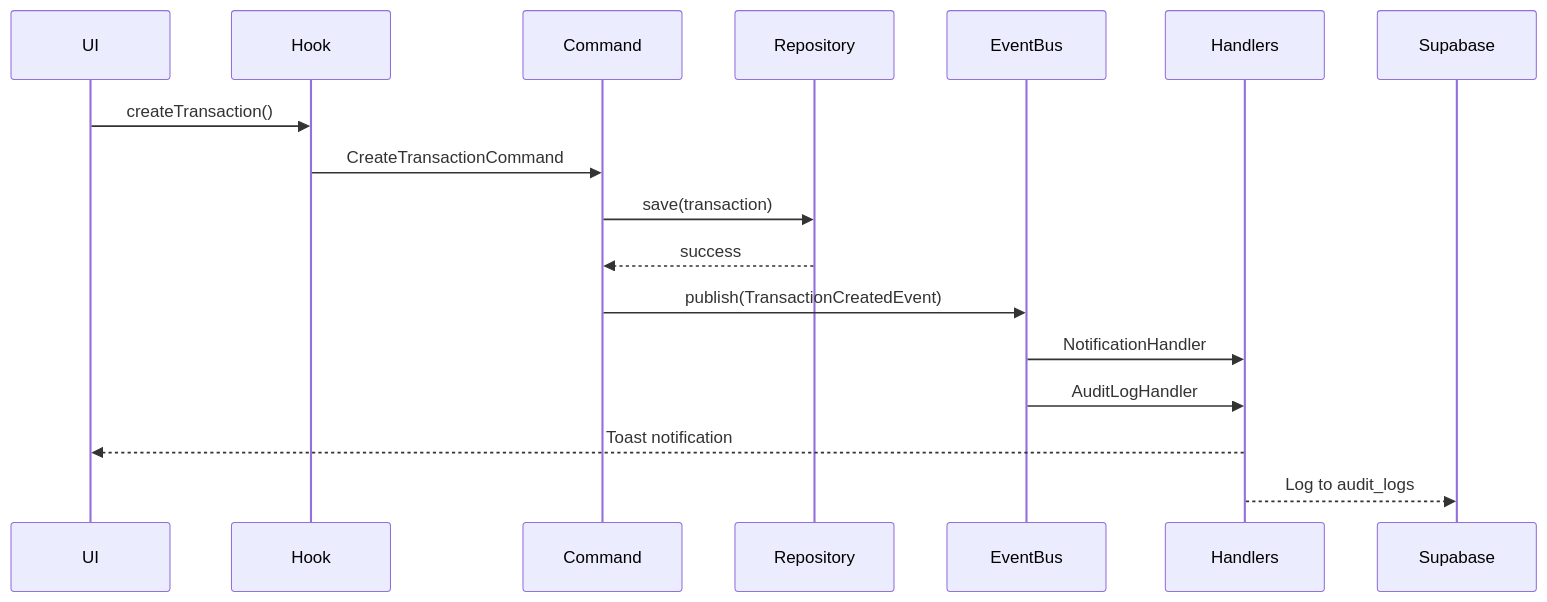
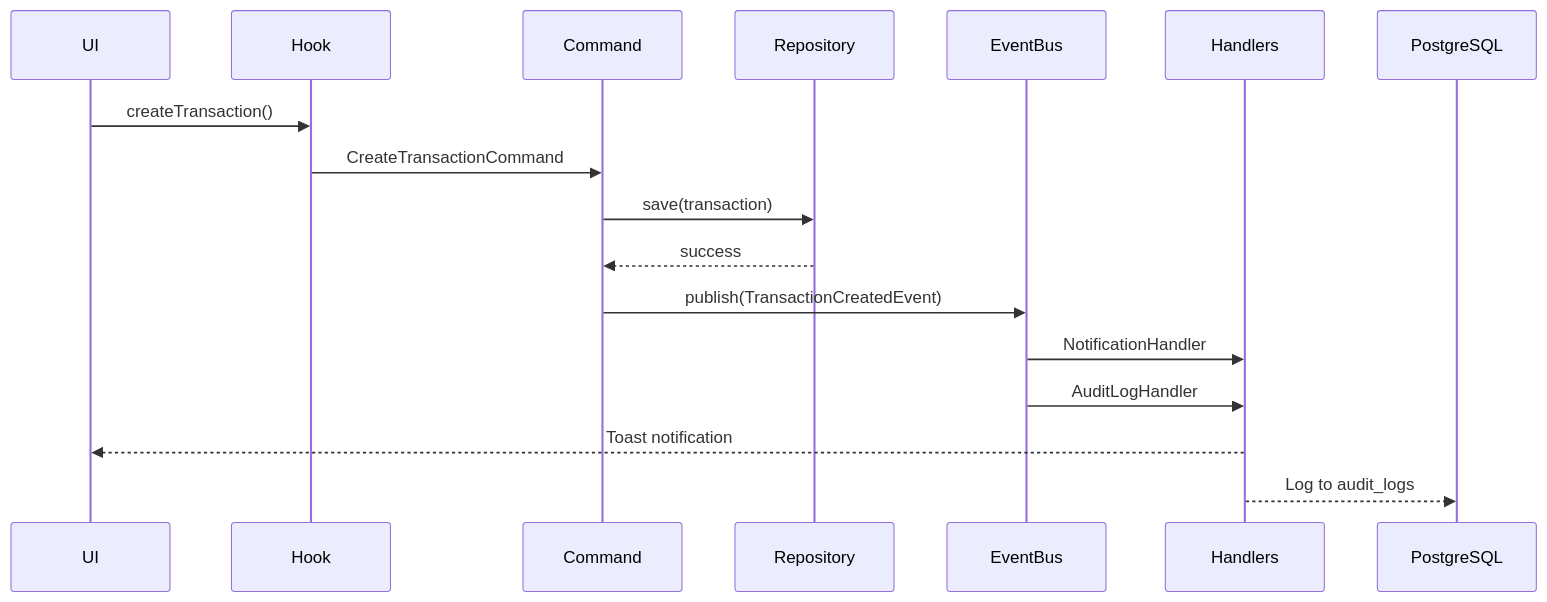
Before and after one commit to B0yZ4kr14/ortho-plus-modules-07b53a29: the diagram in docs/architecture/PHASE-1-FOUNDATION-COMPLETE.md, drawn with Mermaid. The commit also changed other lines of this file and 112 other files, not shown here.

First line of the commit message:
docs: add migration guides, architecture docs, and validation reports

````diff
--- a/docs/architecture/PHASE-1-FOUNDATION-COMPLETE.md
+++ b/docs/architecture/PHASE-1-FOUNDATION-COMPLETE.md
@@ -183,19 +183,19 @@
 ```mermaid
 sequenceDiagram
     participant UI
     participant Hook
     participant Command
     participant Repository
     participant EventBus
     participant Handlers
 
     UI->>Hook: createTransaction()
     Hook->>Command: CreateTransactionCommand
     Command->>Repository: save(transaction)
     Repository-->>Command: success
     Command->>EventBus: publish(TransactionCreatedEvent)
     EventBus->>Handlers: NotificationHandler
     EventBus->>Handlers: AuditLogHandler
     Handlers-->>UI: Toast notification
-    Handlers-->>Supabase: Log to audit_logs
+    Handlers-->>PostgreSQL: Log to audit_logs
 ```
````
